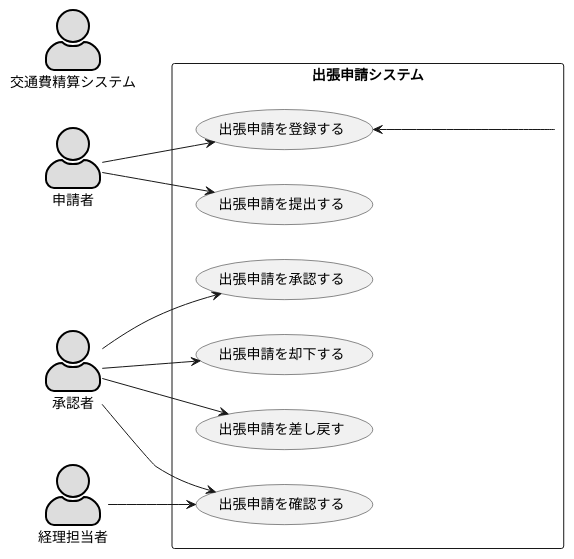
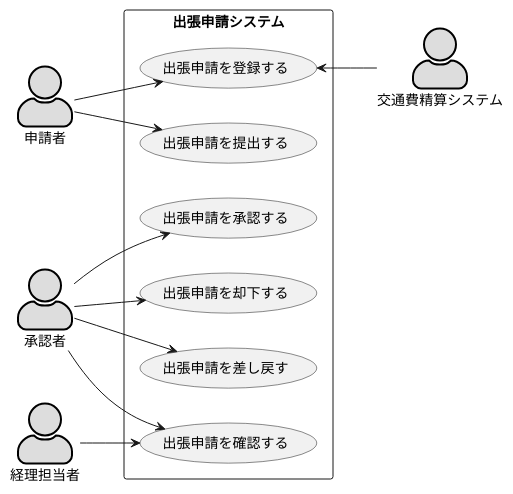
The diagram in 演習2-1_UM_出張管理システム.pu (koha0516/uml-introduction), drawn with PlantUML before and after one commit.

Commit message:
演習２．１

```diff
--- a/演習2-1_UM_出張管理システム.pu
+++ b/演習2-1_UM_出張管理システム.pu
@@ -1,26 +1,26 @@
 @startuml ユースケース図
 skinparam actorStyle awesome
 left to right direction
 actor 申請者 #DDDDDD;line:black;line.bold;
 actor 承認者 #DDDDDD;line:black;line.bold;
 actor 経理担当者 #DDDDDD;line:black;line.bold;
 actor 交通費精算システム #DDDDDD;line:black;line.bold;
 
 rectangle 出張申請システム {
 usecase 出張申請を登録する
 usecase 出張申請を提出する
 usecase 出張申請を承認する
 usecase 出張申請を却下する
 usecase 出張申請を差し戻す
 usecase 出張申請を確認する
 }
 申請者 --> 出張申請を登録する
 申請者 --> 出張申請を提出する
 承認者 --> 出張申請を承認する
 承認者 --> 出張申請を却下する
 承認者 --> 出張申請を差し戻す
 承認者 --> 出張申請を確認する
 経理担当者 --> 出張申請を確認する
-出張申請を登録する <----出張申請システム
+出張申請を登録する <--交通費精算システム
 
 @enduml
```
